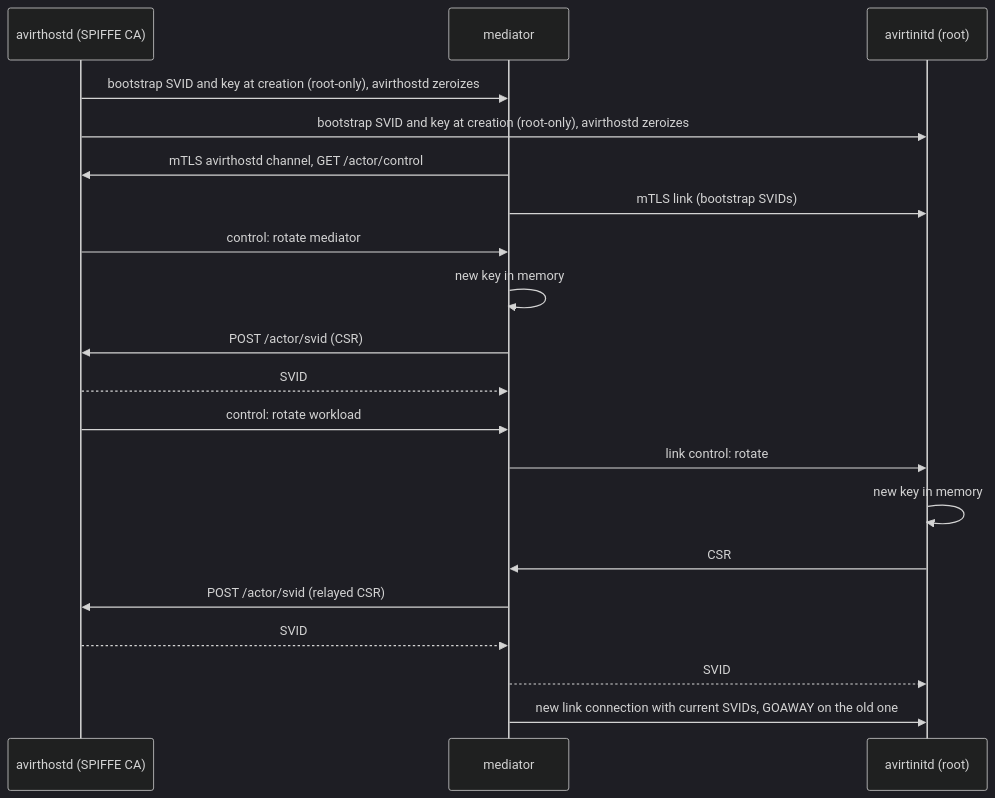
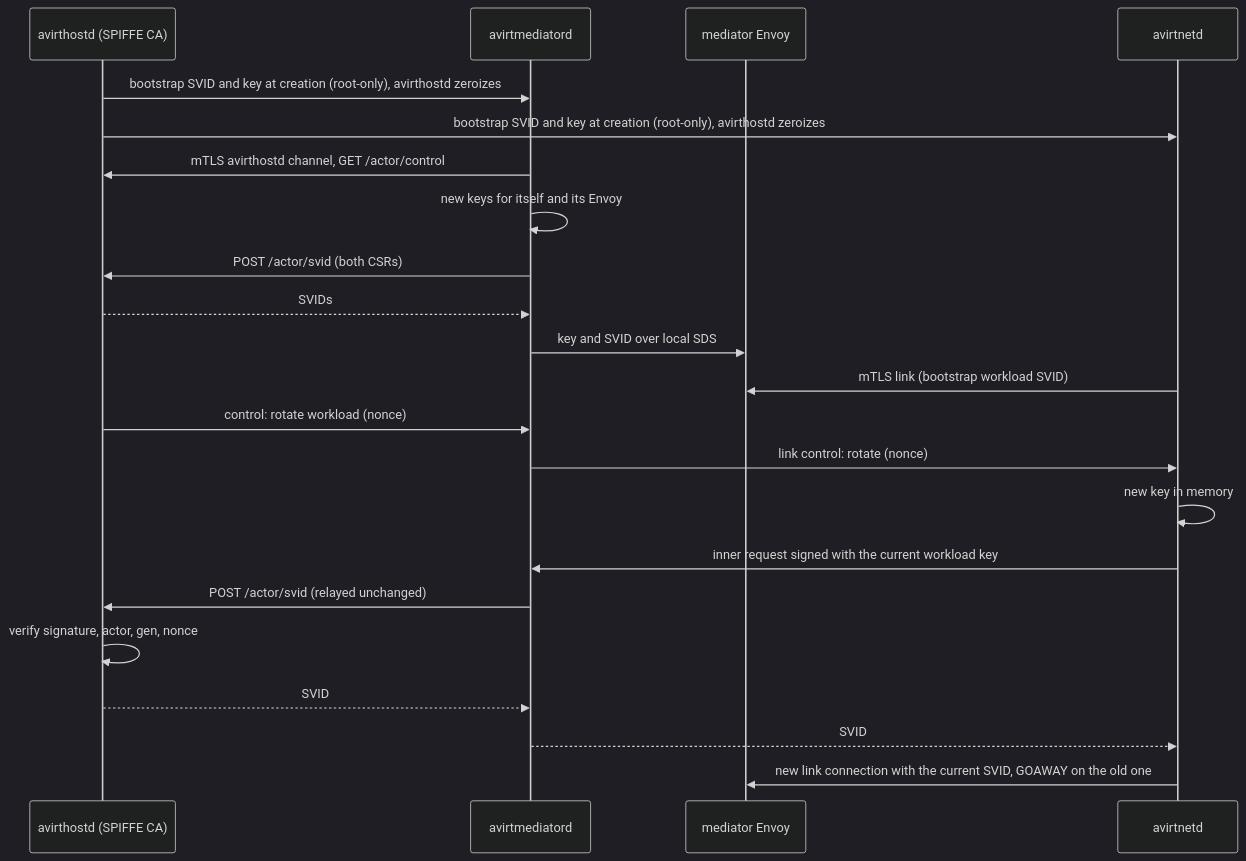
One commit to tbhb-dev/avirt changed the first of 2 diagrams in docs/identity.md. Above: the diagram before and after it, drawn with Mermaid (dark theme). The commit also changed other lines of this file and 32 other files, not shown here.

First line of the commit message:
docs: plan the avirt component architecture and workspaces

````diff
--- a/docs/identity.md
+++ b/docs/identity.md
@@ -83,22 +104,24 @@
 ```mermaid
 sequenceDiagram
     participant C as avirthostd (SPIFFE CA)
-    participant S as mediator
-    participant R as avirtinitd (root)
-    C->>S: bootstrap SVID and key at creation (root-only), avirthostd zeroizes
-    C->>R: bootstrap SVID and key at creation (root-only), avirthostd zeroizes
-    S->>C: mTLS avirthostd channel, GET /actor/control
-    S->>R: mTLS link (bootstrap SVIDs)
-    C->>S: control: rotate mediator
-    S->>S: new key in memory
-    S->>C: POST /actor/svid (CSR)
-    C-->>S: SVID
-    C->>S: control: rotate workload
-    S->>R: link control: rotate
-    R->>R: new key in memory
-    R->>S: CSR
-    S->>C: POST /actor/svid (relayed CSR)
-    C-->>S: SVID
-    S-->>R: SVID
-    S->>R: new link connection with current SVIDs, GOAWAY on the old one
+    participant M as avirtmediatord
+    participant E as mediator Envoy
+    participant N as avirtnetd
+    C->>M: bootstrap SVID and key at creation (root-only), avirthostd zeroizes
+    C->>N: bootstrap SVID and key at creation (root-only), avirthostd zeroizes
+    M->>C: mTLS avirthostd channel, GET /actor/control
+    M->>M: new keys for itself and its Envoy
+    M->>C: POST /actor/svid (both CSRs)
+    C-->>M: SVIDs
+    M->>E: key and SVID over local SDS
+    N->>E: mTLS link (bootstrap workload SVID)
+    C->>M: control: rotate workload (nonce)
+    M->>N: link control: rotate (nonce)
+    N->>N: new key in memory
+    N->>M: inner request signed with the current workload key
+    M->>C: POST /actor/svid (relayed unchanged)
+    C->>C: verify signature, actor, gen, nonce
+    C-->>M: SVID
+    M-->>N: SVID
+    N->>E: new link connection with the current SVID, GOAWAY on the old one
 ```
````
